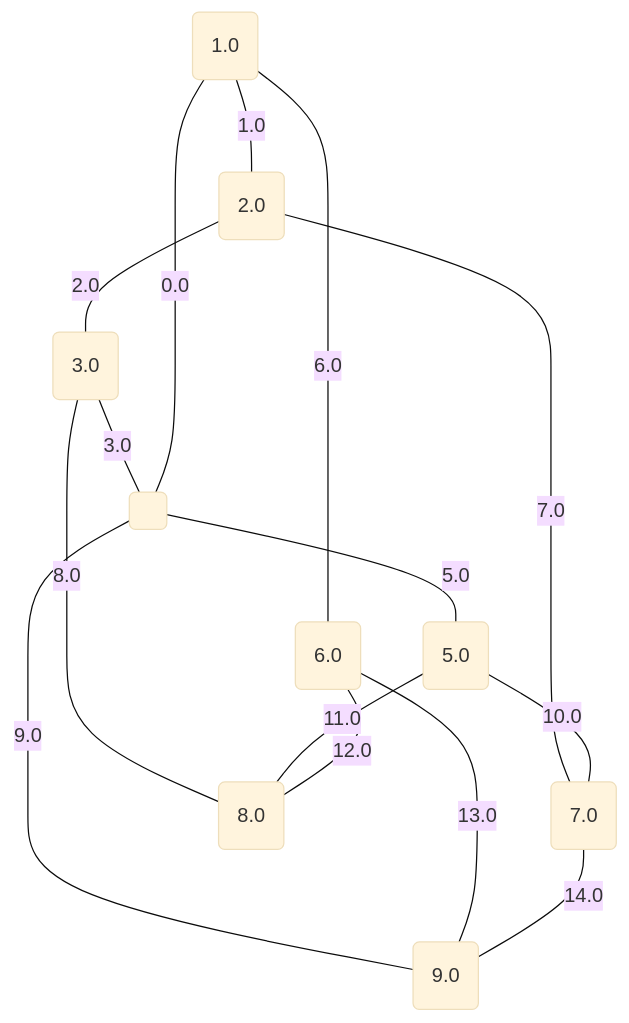
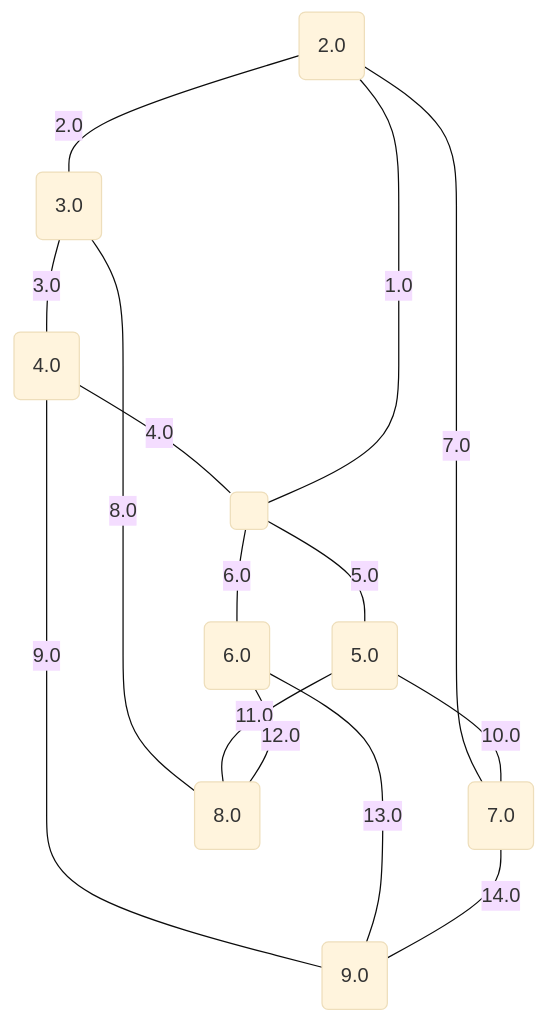
Before and after one commit to metury/graphs: the third of 17 diagrams in project/src/testing/minCutPetersen.md, drawn with Mermaid (base theme). The commit also changed other lines of this file and 78 other files, not shown here.

````diff
--- a/project/src/testing/minCutPetersen.md
+++ b/project/src/testing/minCutPetersen.md
@@ -75,26 +75,26 @@
 ```mermaid
 graph TD;
-0("1.0");
-1("2.0");
-2("3.0");
+0("2.0");
+1("3.0");
+2("4.0");
 3("5.0");
 4("6.0");
 5("7.0");
 6("8.0");
 7("9.0");
 8(" ");
-	8 -- "0.0" --- 0;
-	0 -- "1.0" --- 1;
-	1 -- "2.0" --- 2;
-	2 -- "3.0" --- 8;
+	8 -- "1.0" --- 0;
+	0 -- "2.0" --- 1;
+	1 -- "3.0" --- 2;
+	2 -- "4.0" --- 8;
 	8 -- "5.0" --- 3;
-	0 -- "6.0" --- 4;
-	1 -- "7.0" --- 5;
-	2 -- "8.0" --- 6;
-	8 -- "9.0" --- 7;
+	8 -- "6.0" --- 4;
+	0 -- "7.0" --- 5;
+	1 -- "8.0" --- 6;
+	2 -- "9.0" --- 7;
 	3 -- "10.0" --- 5;
 	3 -- "11.0" --- 6;
 	4 -- "12.0" --- 6;
 	4 -- "13.0" --- 7;
 	5 -- "14.0" --- 7;
 ```
````
